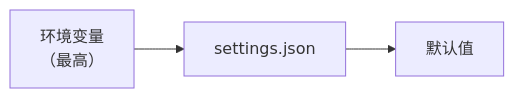
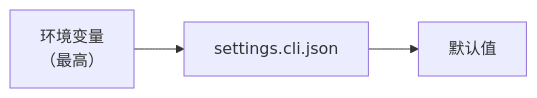
One commit to ModuBit/mobi changed the second of 7 diagrams in docs/architecture/cli/commands/auth/README.md. Above: the diagram before and after it, drawn with Mermaid. The commit also changed other lines of this file and 37 other files, not shown here.

First line of the commit message:
feat(hub,cli,docs): 配置文件拆分 settings.hub.json + settings.cli.json，hub 与 cli 支持不同机器部署

````diff
--- a/docs/architecture/cli/commands/auth/README.md
+++ b/docs/architecture/cli/commands/auth/README.md
@@ -58,4 +58,4 @@
 ```mermaid
 flowchart LR
-    ENV["环境变量<br/>（最高）"] --> File["settings.json"] --> Default["默认值"]
+    ENV["环境变量<br/>（最高）"] --> File["settings.cli.json"] --> Default["默认值"]
 ```
````
